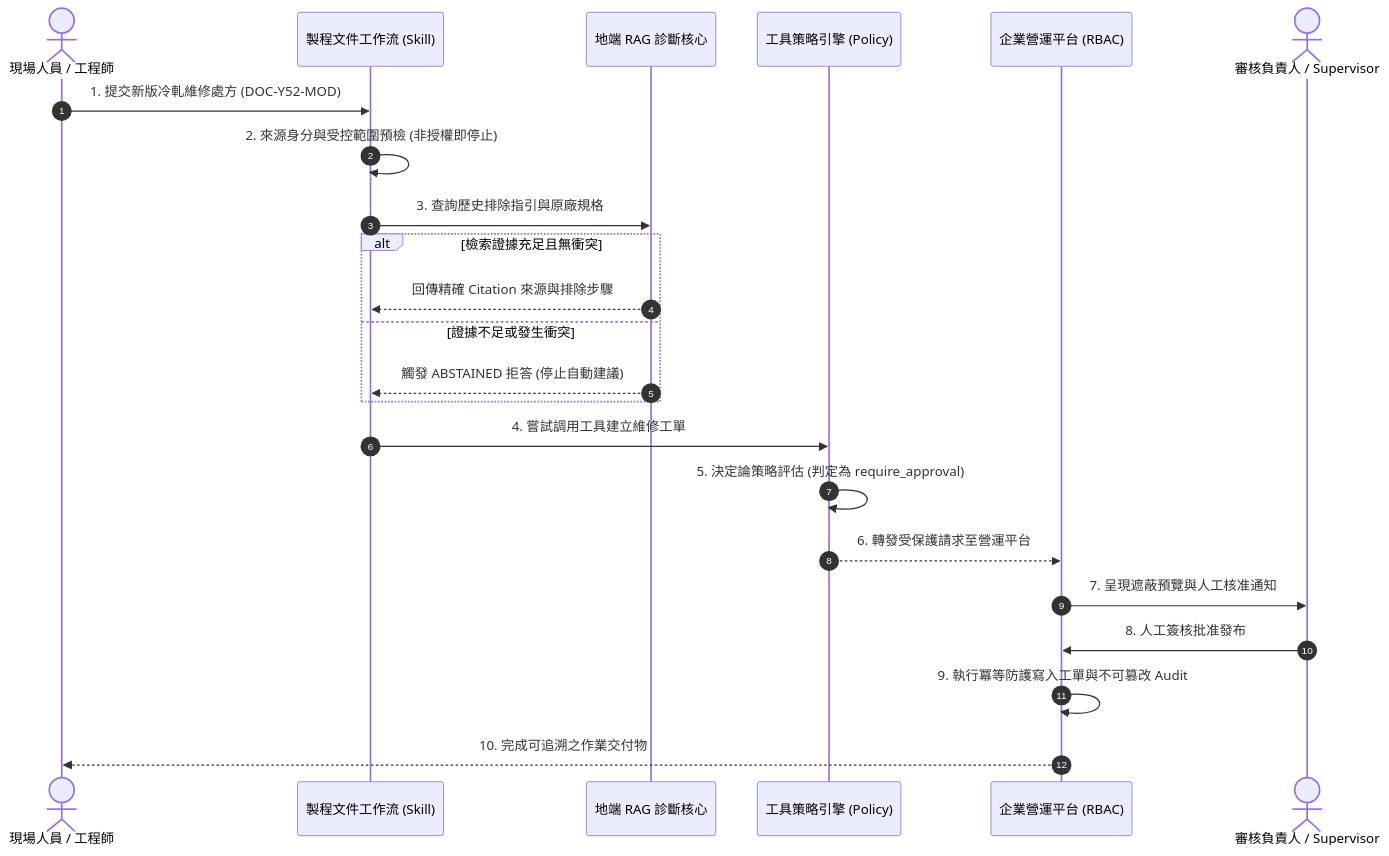
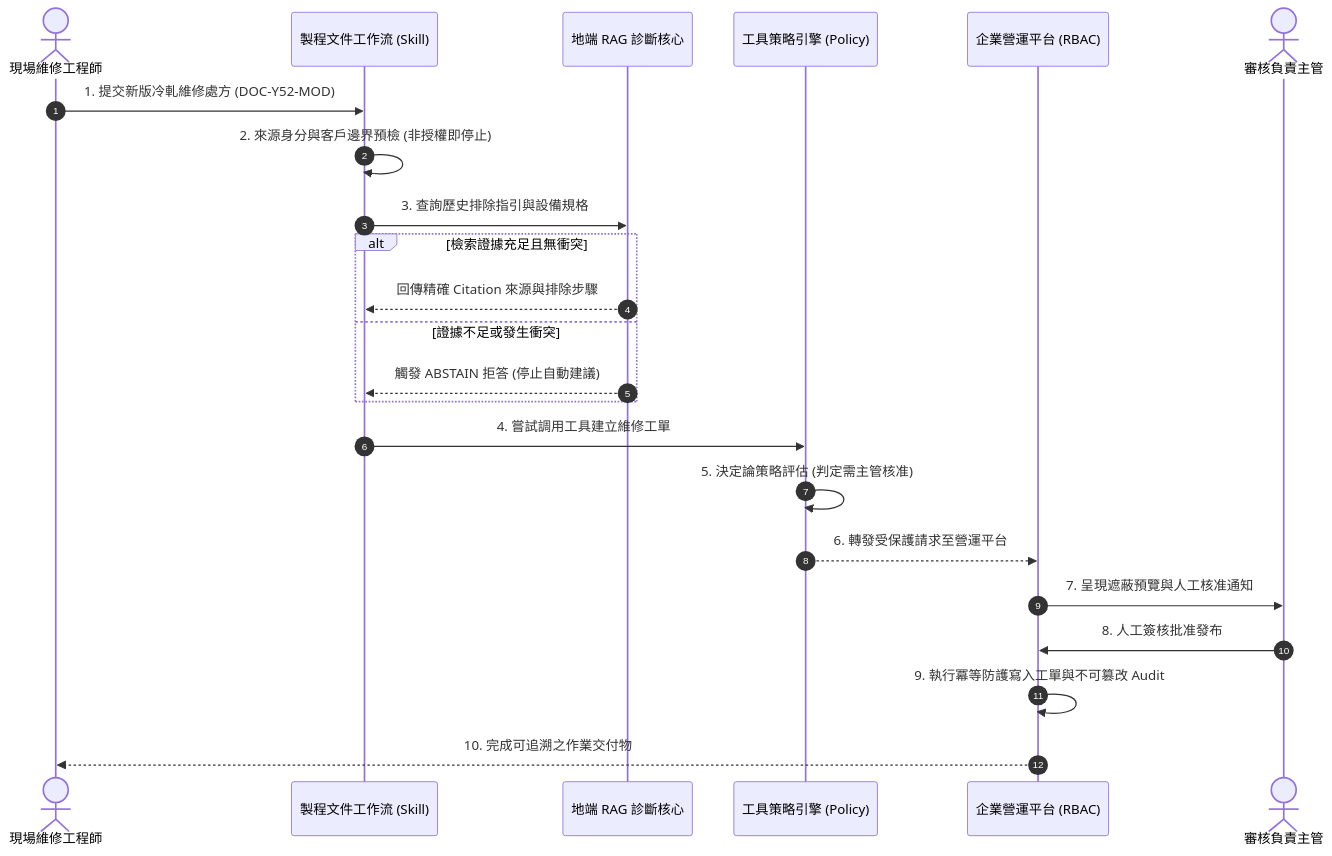
One commit to a275618631/a275618631 changed the diagram in showcase/README.md. Above: the diagram before and after it, drawn with Mermaid. The commit also changed other lines of this file and 73 other files, not shown here.

````diff
--- a/showcase/README.md
+++ b/showcase/README.md
@@ -57,26 +41,26 @@
 ```mermaid
 sequenceDiagram
     autonumber
-    actor OP as 現場人員 / 工程師
+    actor OP as 現場維修工程師
     participant WF as 製程文件工作流 (Skill)
     participant RAG as 地端 RAG 診斷核心
     participant PE as 工具策略引擎 (Policy)
     participant EOP as 企業營運平台 (RBAC)
-    actor Lead as 審核負責人 / Supervisor
+    actor Lead as 審核負責主管
 
     OP->>WF: 1. 提交新版冷軋維修處方 (DOC-Y52-MOD)
-    WF->>WF: 2. 來源身分與受控範圍預檢 (非授權即停止)
-    WF->>RAG: 3. 查詢歷史排除指引與原廠規格
+    WF->>WF: 2. 來源身分與客戶邊界預檢 (非授權即停止)
+    WF->>RAG: 3. 查詢歷史排除指引與設備規格
     alt 檢索證據充足且無衝突
         RAG-->>WF: 回傳精確 Citation 來源與排除步驟
     else 證據不足或發生衝突
-        RAG-->>WF: 觸發 ABSTAINED 拒答 (停止自動建議)
+        RAG-->>WF: 觸發 ABSTAIN 拒答 (停止自動建議)
     end
     WF->>PE: 4. 嘗試調用工具建立維修工單
-    PE->>PE: 5. 決定論策略評估 (判定為 require_approval)
+    PE->>PE: 5. 決定論策略評估 (判定需主管核准)
     PE-->>EOP: 6. 轉發受保護請求至營運平台
     EOP->>Lead: 7. 呈現遮蔽預覽與人工核准通知
     Lead->>EOP: 8. 人工簽核批准發布
     EOP->>EOP: 9. 執行冪等防護寫入工單與不可篡改 Audit
     EOP-->>OP: 10. 完成可追溯之作業交付物
 ```
````
